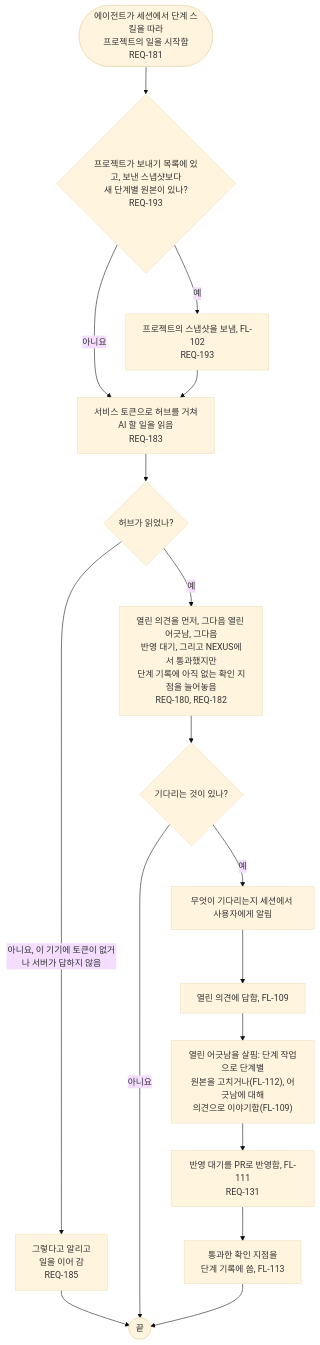
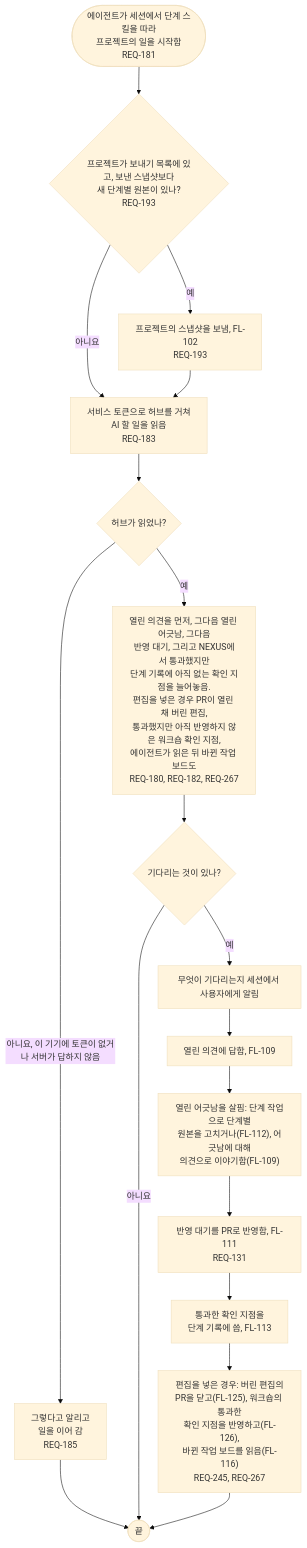
Before and after one commit to kodonghui/corthex-nexus: the diagram in docs/03-user-flow/nexus/FL-108-start-the-agents-work.ko.md, drawn with Mermaid (base theme). The commit also changed other lines of this file and 24 other files, not shown here.

First line of the commit message:
docs(nexus): define phase ②'s requirements, flows and functional spec

````diff
--- a/docs/03-user-flow/nexus/FL-108-start-the-agents-work.ko.md
+++ b/docs/03-user-flow/nexus/FL-108-start-the-agents-work.ko.md
@@ -9,19 +9,20 @@
 ```mermaid
 flowchart TD
   A(["에이전트가 세션에서 단계 스킬을 따라<br/>프로젝트의 일을 시작함<br/>REQ-181"]) --> B{"프로젝트가 보내기 목록에 있고, 보낸 스냅샷보다<br/>새 단계별 원본이 있나?<br/>REQ-193"}
   B -->|예| B1["프로젝트의 스냅샷을 보냄, FL-102<br/>REQ-193"]
   B -->|아니요| D
   B1 --> D["서비스 토큰으로 허브를 거쳐<br/>AI 할 일을 읽음<br/>REQ-183"]
   D --> E{"허브가 읽었나?"}
   E -->|아니요, 이 기기에 토큰이 없거나 서버가 답하지 않음| E1["그렇다고 알리고<br/>일을 이어 감<br/>REQ-185"]
   E1 --> Z(["끝"])
-  E -->|예| F["열린 의견을 먼저, 그다음 열린 어긋남, 그다음<br/>반영 대기, 그리고 NEXUS에서 통과했지만<br/>단계 기록에 아직 없는 확인 지점을 늘어놓음<br/>REQ-180, REQ-182"]
+  E -->|예| F["열린 의견을 먼저, 그다음 열린 어긋남, 그다음<br/>반영 대기, 그리고 NEXUS에서 통과했지만<br/>단계 기록에 아직 없는 확인 지점을 늘어놓음.<br/>편집을 넣은 경우 PR이 열린 채 버린 편집,<br/>통과했지만 아직 반영하지 않은 워크숍 확인 지점,<br/>에이전트가 읽은 뒤 바뀐 작업 보드도<br/>REQ-180, REQ-182, REQ-267"]
   F --> G{"기다리는 것이 있나?"}
   G -->|아니요| Z
   G -->|예| H["무엇이 기다리는지 세션에서 사용자에게 알림"]
   H --> I["열린 의견에 답함, FL-109"]
   I --> J["열린 어긋남을 살핌: 단계 작업으로 단계별<br/>원본을 고치거나(FL-112), 어긋남에 대해<br/>의견으로 이야기함(FL-109)"]
   J --> K["반영 대기를 PR로 반영함, FL-111<br/>REQ-131"]
   K --> L["통과한 확인 지점을<br/>단계 기록에 씀, FL-113"]
-  L --> Z
+  L --> L2["편집을 넣은 경우: 버린 편집의<br/>PR을 닫고(FL-125), 워크숍의 통과한<br/>확인 지점을 반영하고(FL-126),<br/>바뀐 작업 보드를 읽음(FL-116)<br/>REQ-245, REQ-267"]
+  L2 --> Z
 ```
````
